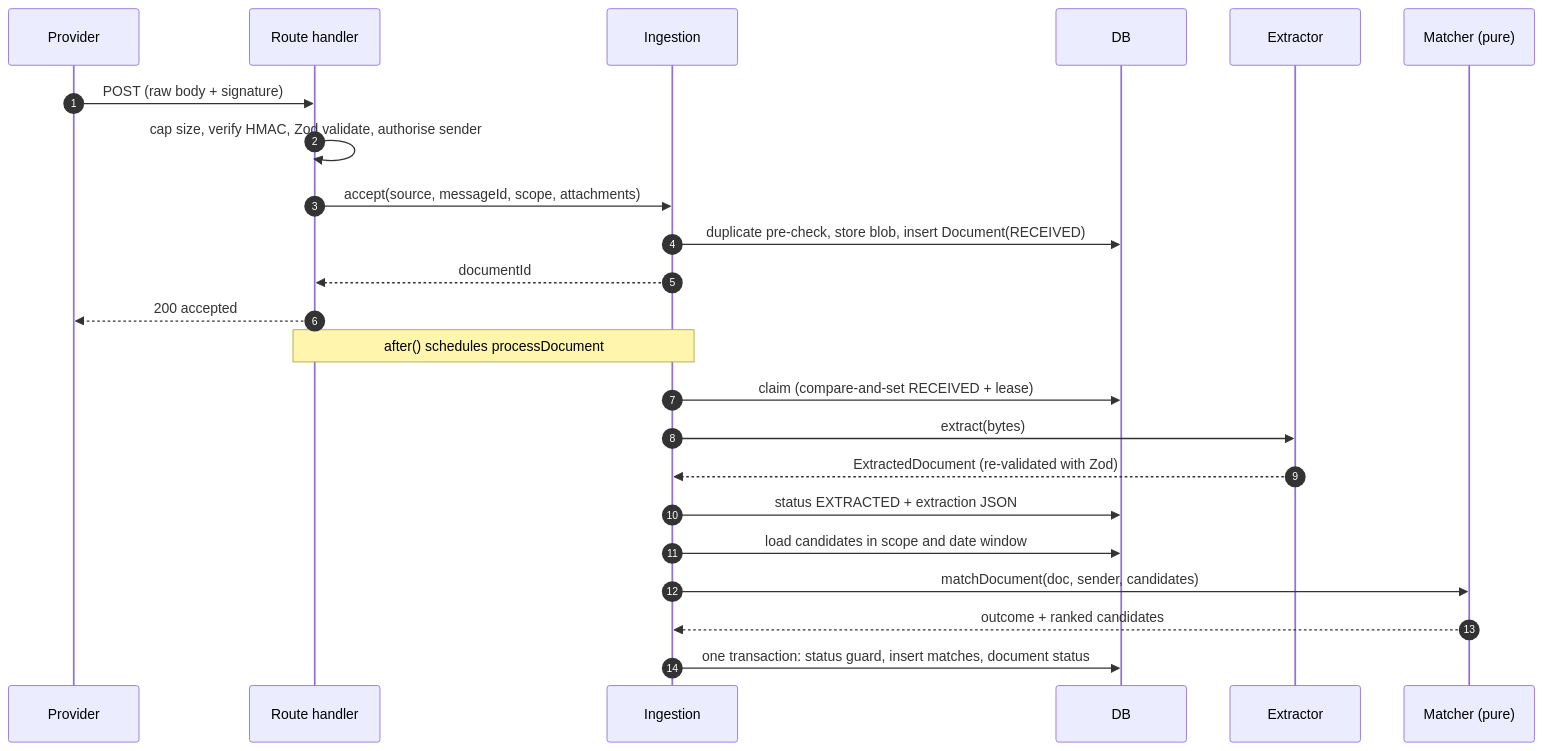
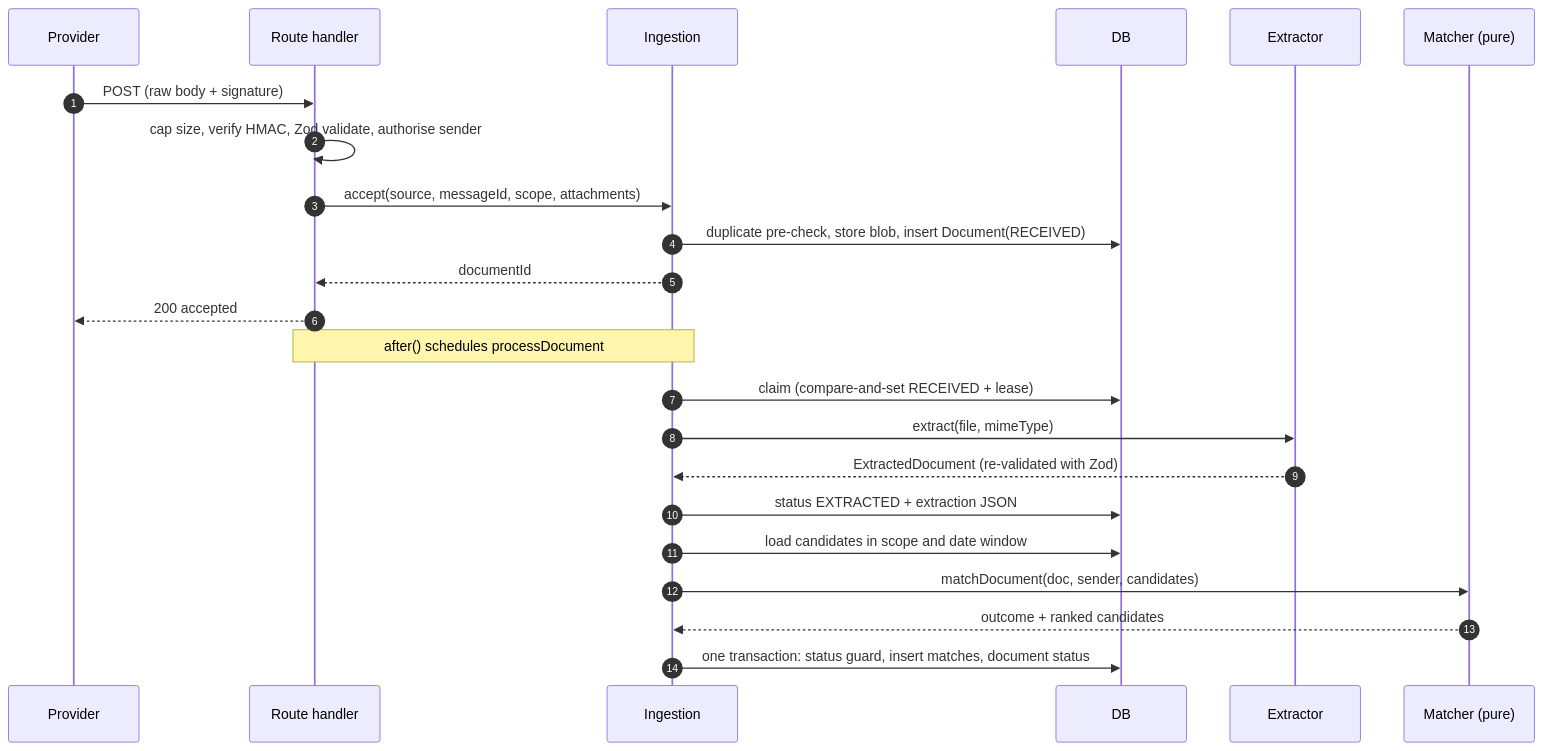
One commit to BetaPundit/darb-takehome changed the second of 4 diagrams in IMPLEMENTATION.md. Above: the diagram before and after it, drawn with Mermaid. The commit also changed other lines of this file and 83 other files, not shown here.

````diff
--- a/IMPLEMENTATION.md
+++ b/IMPLEMENTATION.md
@@ -44,26 +45,26 @@
 ```mermaid
 sequenceDiagram
   autonumber
   participant P as Provider
   participant R as Route handler
   participant I as Ingestion
   participant D as DB
   participant X as Extractor
   participant M as Matcher (pure)
 
   P->>R: POST (raw body + signature)
   R->>R: cap size, verify HMAC, Zod validate, authorise sender
   R->>I: accept(source, messageId, scope, attachments)
   I->>D: duplicate pre-check, store blob, insert Document(RECEIVED)
   I-->>R: documentId
   R-->>P: 200 accepted
   Note over R,I: after() schedules processDocument
   I->>D: claim (compare-and-set RECEIVED + lease)
-  I->>X: extract(bytes)
+  I->>X: extract(file, mimeType)
   X-->>I: ExtractedDocument (re-validated with Zod)
   I->>D: status EXTRACTED + extraction JSON
   I->>D: load candidates in scope and date window
   I->>M: matchDocument(doc, sender, candidates)
   M-->>I: outcome + ranked candidates
   I->>D: one transaction: status guard, insert matches, document status
 ```
````
